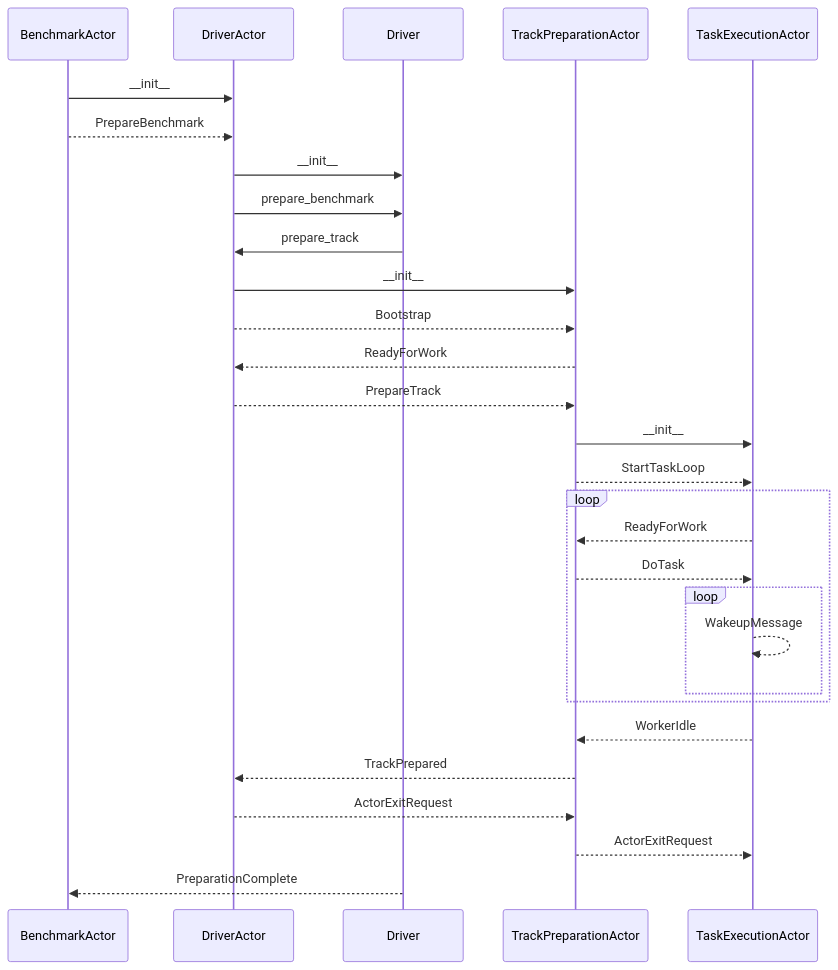
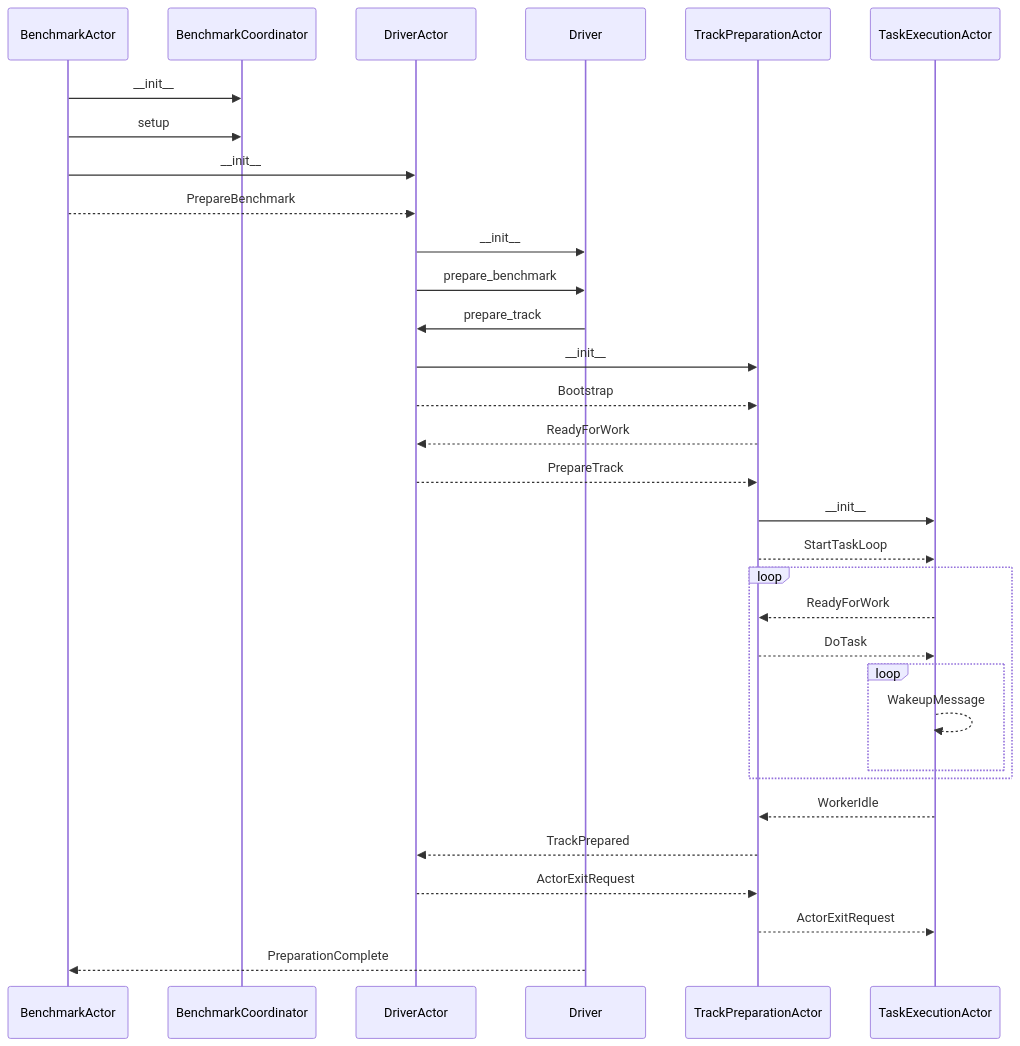
One commit to elastic/rally changed the first of 2 diagrams in docs/architecture/actor_system.md. Above: the diagram before and after it, drawn with Mermaid. The commit also changed other lines of this file, not shown here.

Commit message:
Add BenchmarkCoordinator and complete StartBenchmark

````diff
--- a/docs/architecture/actor_system.md
+++ b/docs/architecture/actor_system.md
@@ -60,26 +59,28 @@
 ```mermaid
 sequenceDiagram
+    BenchmarkActor ->> BenchmarkCoordinator: __init__
+    BenchmarkActor ->> BenchmarkCoordinator: setup
     BenchmarkActor ->> DriverActor: __init__
     BenchmarkActor -->> DriverActor: PrepareBenchmark
     DriverActor ->> Driver: __init__
     DriverActor ->> Driver: prepare_benchmark
     Driver ->> DriverActor: prepare_track
     DriverActor ->> TrackPreparationActor: __init__
     DriverActor -->> TrackPreparationActor: Bootstrap
     TrackPreparationActor -->> DriverActor: ReadyForWork
     DriverActor -->> TrackPreparationActor: PrepareTrack
     TrackPreparationActor ->> TaskExecutionActor: __init__
     TrackPreparationActor -->> TaskExecutionActor: StartTaskLoop
     loop
         TaskExecutionActor -->> TrackPreparationActor: ReadyForWork
         TrackPreparationActor -->> TaskExecutionActor: DoTask
         loop
             TaskExecutionActor -->> TaskExecutionActor: WakeupMessage
         end
     end
     TaskExecutionActor -->> TrackPreparationActor: WorkerIdle
     TrackPreparationActor -->> DriverActor: TrackPrepared
     DriverActor -->> TrackPreparationActor: ActorExitRequest
     TrackPreparationActor -->> TaskExecutionActor: ActorExitRequest
     Driver -->> BenchmarkActor: PreparationComplete
 ```
````
